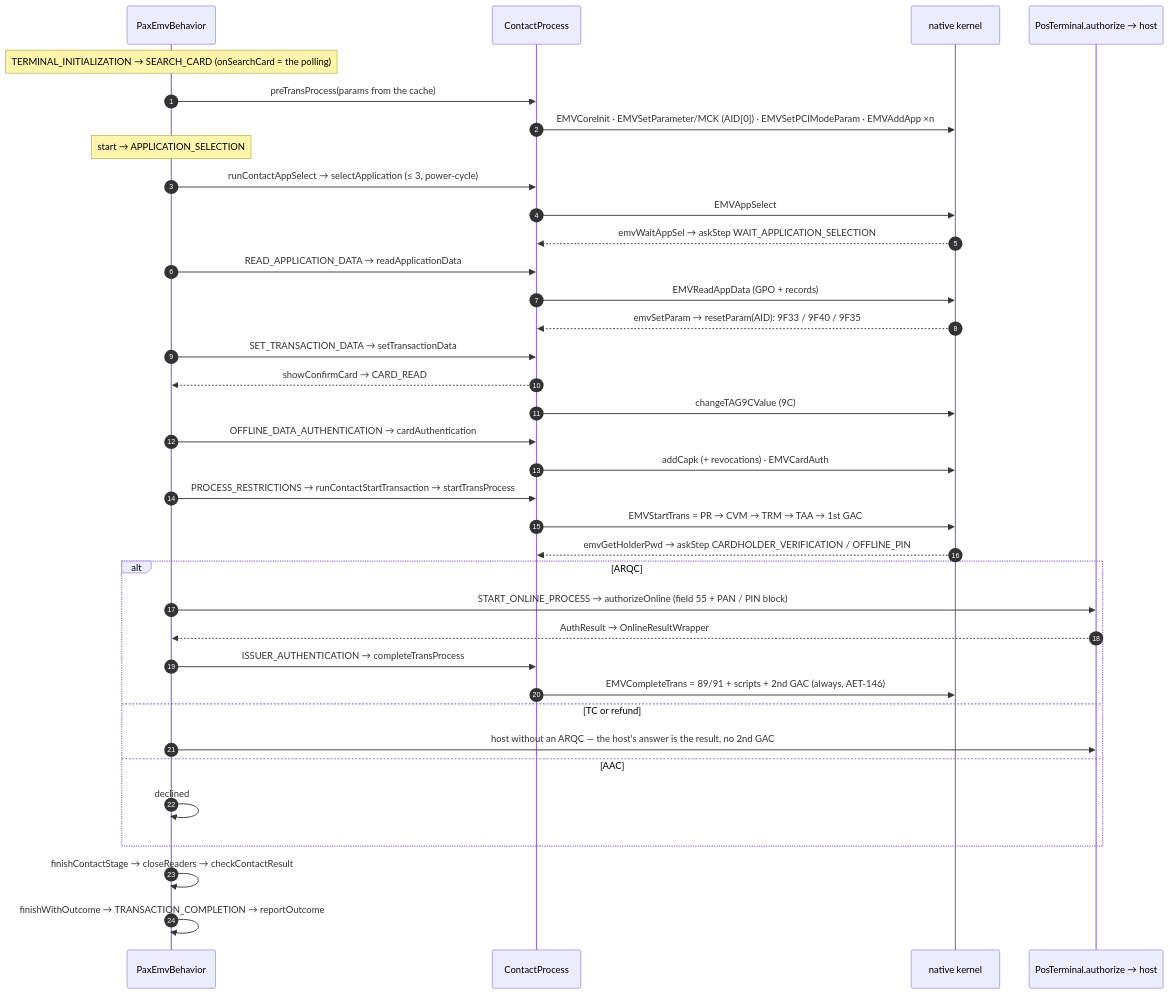
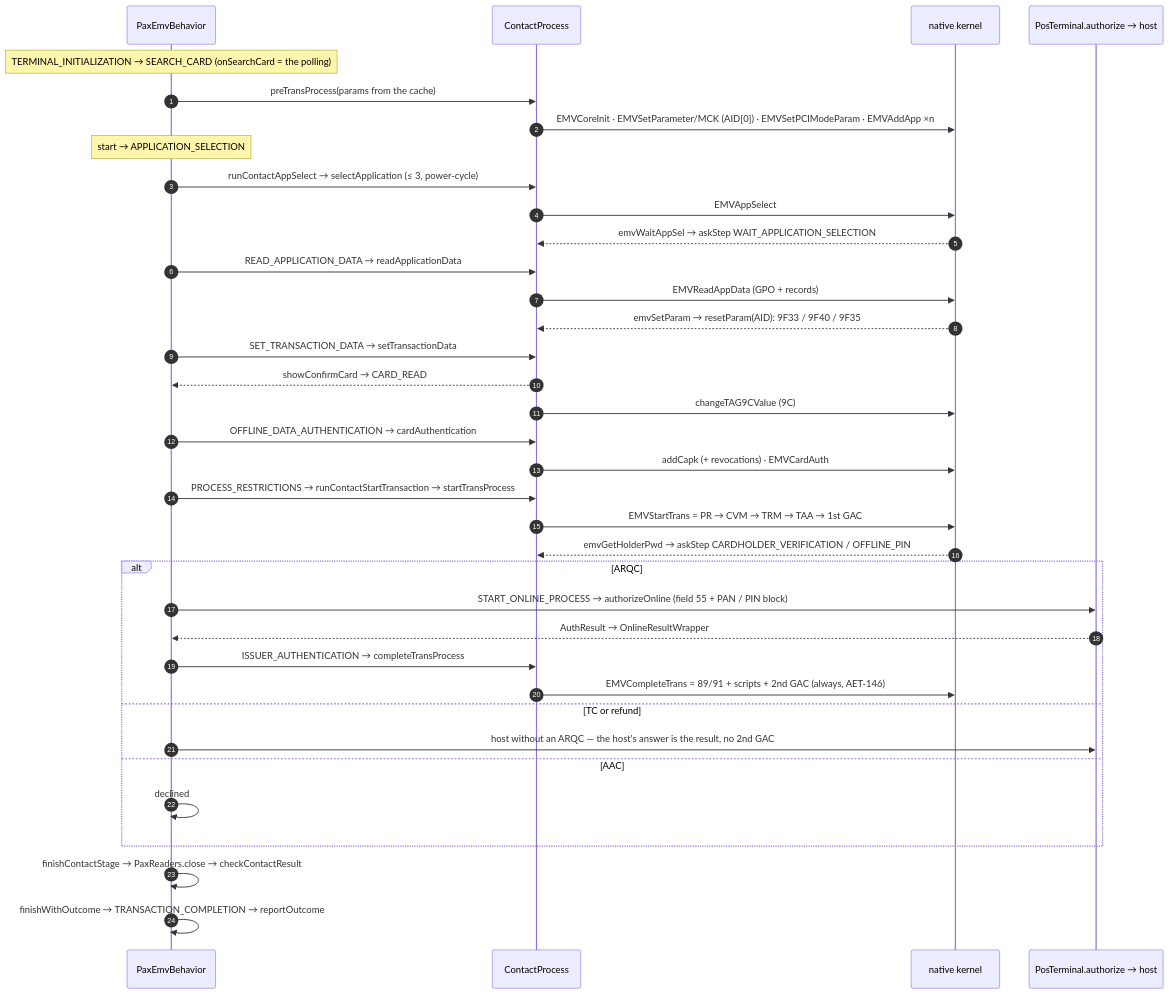
Before and after one commit to berothomas33/esaylinkrefactor: the eighth of 11 diagrams in doc/REFERENCE.md, drawn with Mermaid. The commit also changed other lines of this file and 3 other files, not shown here.

````diff
--- a/doc/REFERENCE.md
+++ b/doc/REFERENCE.md
@@ -776,38 +776,38 @@
 ```mermaid
 sequenceDiagram
   autonumber
   participant B as PaxEmvBehavior
   participant C as ContactProcess
   participant K as native kernel
   participant H as PosTerminal.authorize → host
   Note over B: TERMINAL_INITIALIZATION → SEARCH_CARD (onSearchCard = the polling)
   B->>C: preTransProcess(params from the cache)
   C->>K: EMVCoreInit · EMVSetParameter/MCK (AID[0]) · EMVSetPCIModeParam · EMVAddApp ×n
   Note over B: start → APPLICATION_SELECTION
   B->>C: runContactAppSelect → selectApplication (≤ 3, power-cycle)
   C->>K: EMVAppSelect
   K-->>C: emvWaitAppSel → askStep WAIT_APPLICATION_SELECTION
   B->>C: READ_APPLICATION_DATA → readApplicationData
   C->>K: EMVReadAppData (GPO + records)
   K-->>C: emvSetParam → resetParam(AID): 9F33 / 9F40 / 9F35
   B->>C: SET_TRANSACTION_DATA → setTransactionData
   C-->>B: showConfirmCard → CARD_READ
   C->>K: changeTAG9CValue (9C)
   B->>C: OFFLINE_DATA_AUTHENTICATION → cardAuthentication
   C->>K: addCapk (+ revocations) · EMVCardAuth
   B->>C: PROCESS_RESTRICTIONS → runContactStartTransaction → startTransProcess
   C->>K: EMVStartTrans = PR → CVM → TRM → TAA → 1st GAC
   K-->>C: emvGetHolderPwd → askStep CARDHOLDER_VERIFICATION / OFFLINE_PIN
   alt ARQC
     B->>H: START_ONLINE_PROCESS → authorizeOnline (field 55 + PAN / PIN block)
     H-->>B: AuthResult → OnlineResultWrapper
     B->>C: ISSUER_AUTHENTICATION → completeTransProcess
     C->>K: EMVCompleteTrans = 89/91 + scripts + 2nd GAC (always, AET-146)
   else TC or refund
     B->>H: host without an ARQC — the host's answer is the result, no 2nd GAC
   else AAC
     B->>B: declined
   end
-  B->>B: finishContactStage → closeReaders → checkContactResult
+  B->>B: finishContactStage → PaxReaders.close → checkContactResult
   B->>B: finishWithOutcome → TRANSACTION_COMPLETION → reportOutcome
 ```
````
